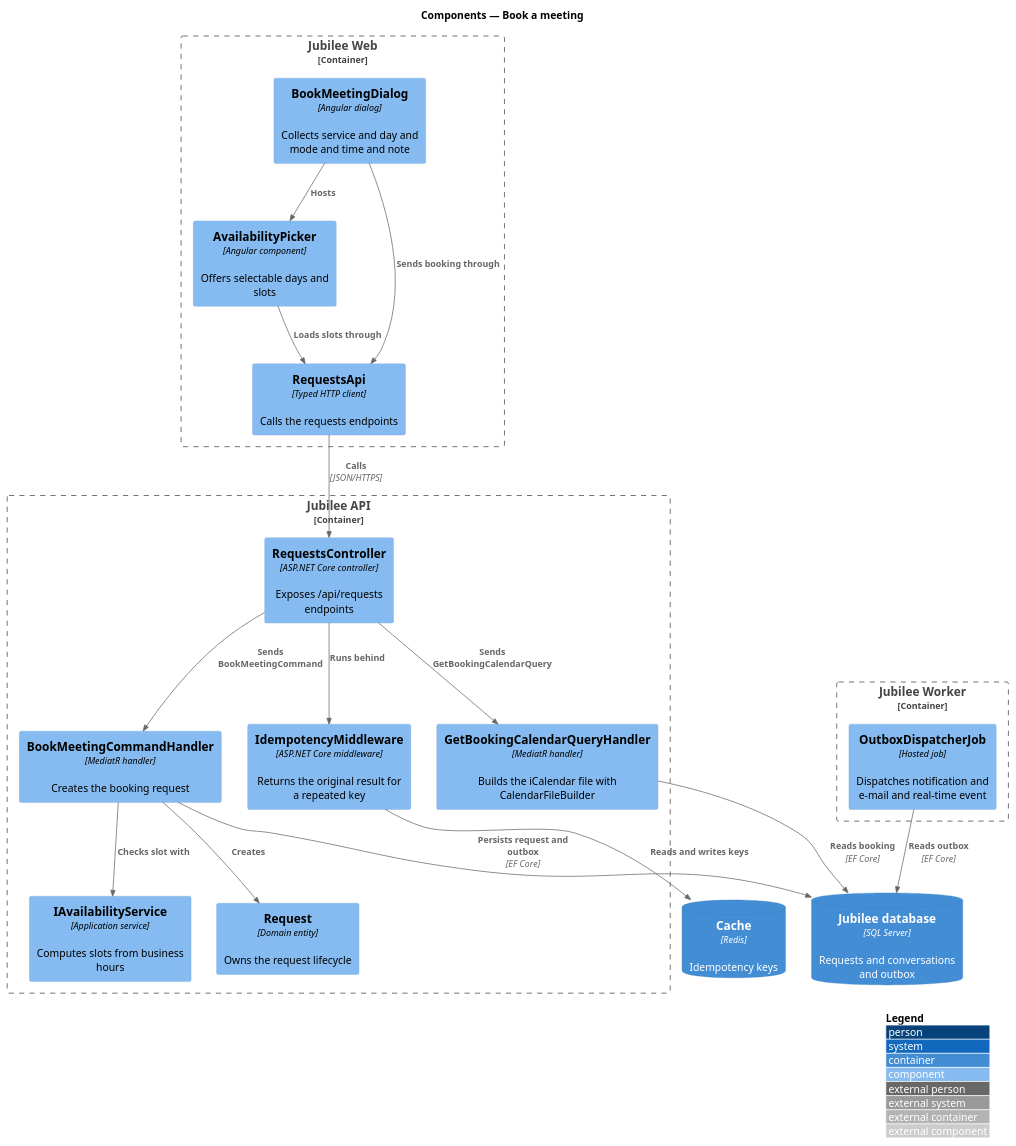
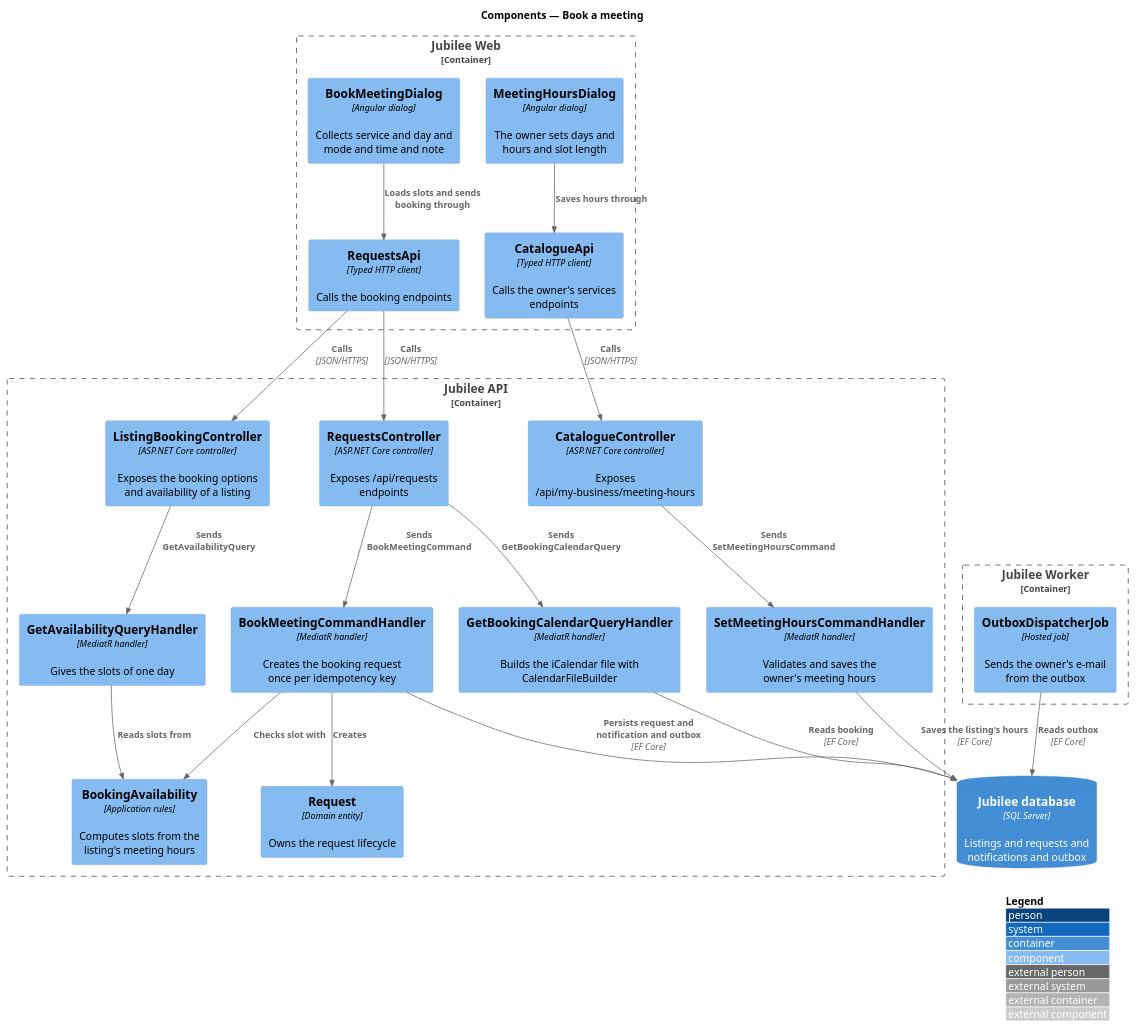
One commit to QuinntyneBrown/jubilee changed the diagram in docs/detailed-designs/requests/book-meeting/diagrams/c4-component.puml. Above: the diagram before and after it, drawn with PlantUML. The commit also changed 26 other files, not shown here.

Commit message:
Specify meeting hours the owner sets: L2-220, ADR 0048, the booking design as built and the meeting-hours mocks

```diff
--- a/docs/detailed-designs/requests/book-meeting/diagrams/c4-component.puml
+++ b/docs/detailed-designs/requests/book-meeting/diagrams/c4-component.puml
@@ -1,38 +1,44 @@
 @startuml
 !include <C4/C4_Component>
 LAYOUT_WITH_LEGEND()
 title Components — Book a meeting
 
 Container_Boundary(web, "Jubilee Web") {
   Component(dialog, "BookMeetingDialog", "Angular dialog", "Collects service and day and mode and time and note")
-  Component(picker, "AvailabilityPicker", "Angular component", "Offers selectable days and slots")
-  Component(client, "RequestsApi", "Typed HTTP client", "Calls the requests endpoints")
+  Component(hours, "MeetingHoursDialog", "Angular dialog", "The owner sets days and hours and slot length")
+  Component(client, "RequestsApi", "Typed HTTP client", "Calls the booking endpoints")
+  Component(catalogue, "CatalogueApi", "Typed HTTP client", "Calls the owner's services endpoints")
 }
 Container_Boundary(api, "Jubilee API") {
+  Component(listingCtrl, "ListingBookingController", "ASP.NET Core controller", "Exposes the booking options and availability of a listing")
   Component(ctrl, "RequestsController", "ASP.NET Core controller", "Exposes /api/requests endpoints")
-  Component(idem, "IdempotencyMiddleware", "ASP.NET Core middleware", "Returns the original result for a repeated key")
-  Component(handler, "BookMeetingCommandHandler", "MediatR handler", "Creates the booking request")
-  Component(avail, "IAvailabilityService", "Application service", "Computes slots from business hours")
+  Component(ownerCtrl, "CatalogueController", "ASP.NET Core controller", "Exposes /api/my-business/meeting-hours")
+  Component(handler, "BookMeetingCommandHandler", "MediatR handler", "Creates the booking request once per idempotency key")
+  Component(availQuery, "GetAvailabilityQueryHandler", "MediatR handler", "Gives the slots of one day")
+  Component(setHours, "SetMeetingHoursCommandHandler", "MediatR handler", "Validates and saves the owner's meeting hours")
+  Component(avail, "BookingAvailability", "Application rules", "Computes slots from the listing's meeting hours")
   Component(entity, "Request", "Domain entity", "Owns the request lifecycle")
   Component(cal, "GetBookingCalendarQueryHandler", "MediatR handler", "Builds the iCalendar file with CalendarFileBuilder")
 }
 Container_Boundary(worker, "Jubilee Worker") {
-  Component(outbox, "OutboxDispatcherJob", "Hosted job", "Dispatches notification and e-mail and real-time event")
+  Component(outbox, "OutboxDispatcherJob", "Hosted job", "Sends the owner's e-mail from the outbox")
 }
-ContainerDb(db, "Jubilee database", "SQL Server", "Requests and conversations and outbox")
-ContainerDb(cache, "Cache", "Redis", "Idempotency keys")
+ContainerDb(db, "Jubilee database", "SQL Server", "Listings and requests and notifications and outbox")
 
-Rel(dialog, picker, "Hosts")
-Rel(picker, client, "Loads slots through")
-Rel(dialog, client, "Sends booking through")
+Rel(dialog, client, "Loads slots and sends booking through")
+Rel(hours, catalogue, "Saves hours through")
+Rel(client, listingCtrl, "Calls", "JSON/HTTPS")
 Rel(client, ctrl, "Calls", "JSON/HTTPS")
-Rel(ctrl, idem, "Runs behind")
-Rel(idem, cache, "Reads and writes keys")
+Rel(catalogue, ownerCtrl, "Calls", "JSON/HTTPS")
+Rel(listingCtrl, availQuery, "Sends GetAvailabilityQuery")
 Rel(ctrl, handler, "Sends BookMeetingCommand")
 Rel(ctrl, cal, "Sends GetBookingCalendarQuery")
+Rel(ownerCtrl, setHours, "Sends SetMeetingHoursCommand")
+Rel(availQuery, avail, "Reads slots from")
 Rel(handler, avail, "Checks slot with")
 Rel(handler, entity, "Creates")
-Rel(handler, db, "Persists request and outbox", "EF Core")
+Rel(handler, db, "Persists request and notification and outbox", "EF Core")
+Rel(setHours, db, "Saves the listing's hours", "EF Core")
 Rel(cal, db, "Reads booking", "EF Core")
 Rel(outbox, db, "Reads outbox", "EF Core")
 @enduml
```
